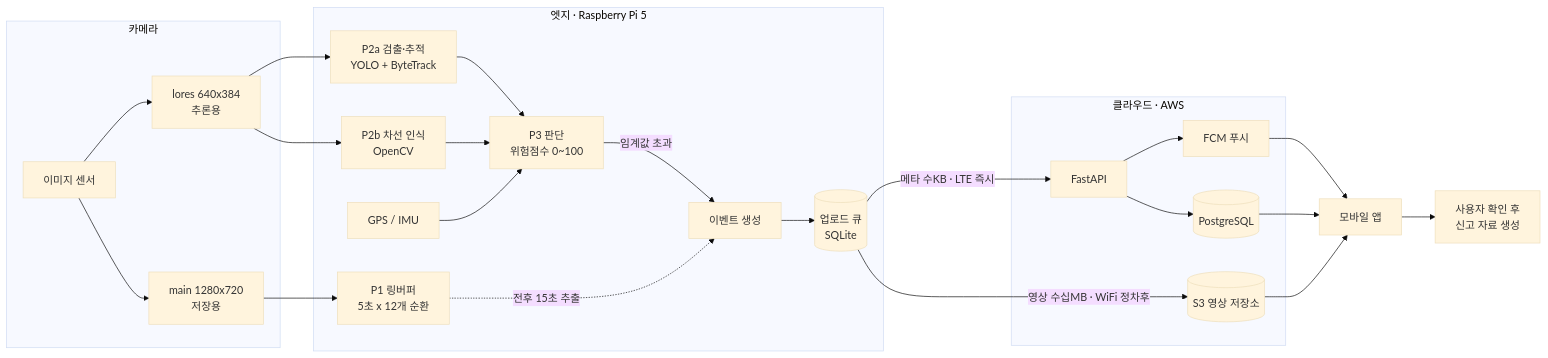
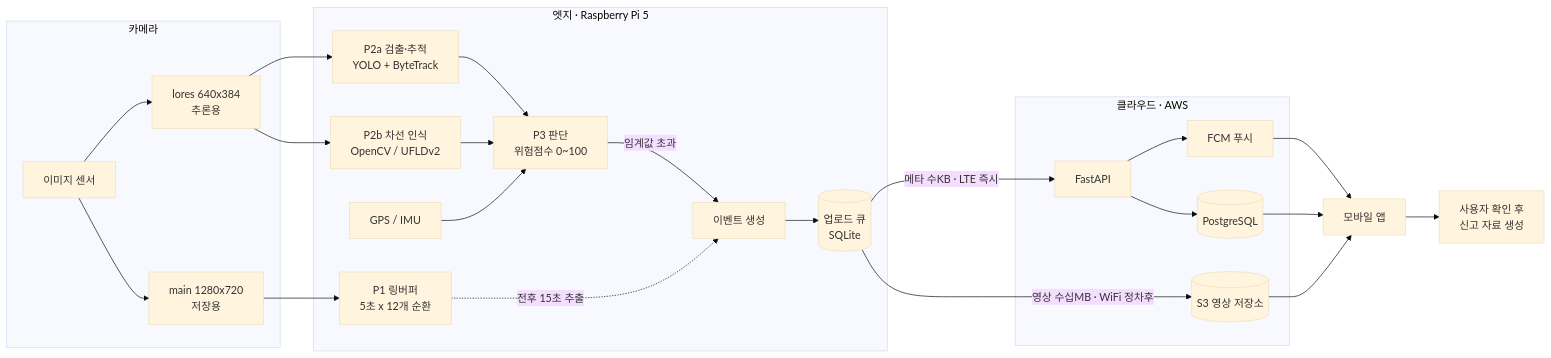
Before and after one commit to 26-2-Paran-SafeWatch/SafeWatch_AI: the first of 2 diagrams in docs/system-architecture.md, drawn with Mermaid (base theme). The commit also changed other lines of this file and 4 other files, not shown here.

````diff
--- a/docs/system-architecture.md
+++ b/docs/system-architecture.md
@@ -24,34 +24,34 @@
 ```mermaid
 flowchart LR
     subgraph CAM["카메라"]
         S["이미지 센서"]
         S --> L["lores 640x384<br/>추론용"]
         S --> M["main 1280x720<br/>저장용"]
     end
 
     subgraph EDGE["엣지 · Raspberry Pi 5"]
         L --> P2a["P2a 검출·추적<br/>YOLO + ByteTrack"]
-        L --> P2b["P2b 차선 인식<br/>OpenCV"]
+        L --> P2b["P2b 차선 인식<br/>OpenCV / UFLDv2"]
         M --> P1["P1 링버퍼<br/>5초 x 12개 순환"]
         P2a --> P3["P3 판단<br/>위험점수 0~100"]
         P2b --> P3
         SEN["GPS / IMU"] --> P3
         P3 -->|"임계값 초과"| EV["이벤트 생성"]
         P1 -.->|"전후 15초 추출"| EV
         EV --> Q[("업로드 큐<br/>SQLite")]
     end
 
     Q -->|"메타 수KB · LTE 즉시"| API
     Q -->|"영상 수십MB · WiFi 정차후"| S3
 
     subgraph CLOUD["클라우드 · AWS"]
         API["FastAPI"] --> DB[("PostgreSQL")]
         API --> FCM["FCM 푸시"]
         S3[("S3 영상 저장소")]
     end
 
     FCM --> APP["모바일 앱"]
     DB --> APP
     S3 --> APP
     APP --> REP["사용자 확인 후<br/>신고 자료 생성"]
 ```
````
